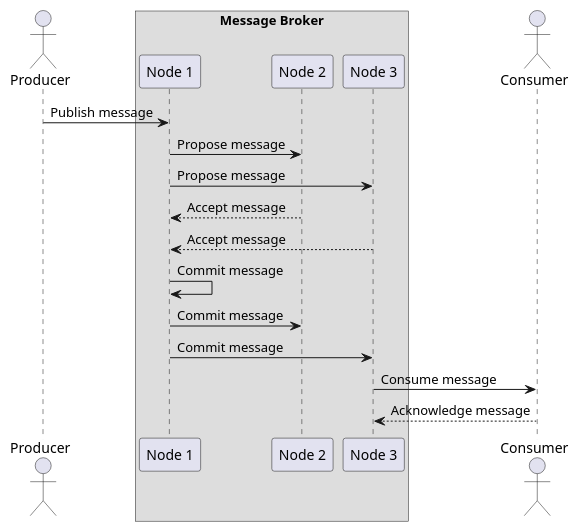
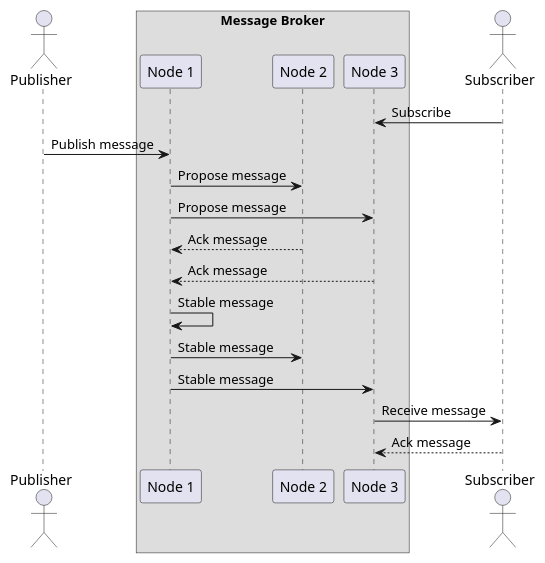
Before and after one commit to Marcel-MD/geo-distributed-message-broker: the diagram in diagrams/seq_nodes.puml, drawn with PlantUML. The commit also changed 11 other files, not shown here.

```diff
--- a/diagrams/seq_nodes.puml
+++ b/diagrams/seq_nodes.puml
@@ -1,22 +1,23 @@
 @startuml
 
-actor Producer as P
+actor Publisher as P
 box "Message Broker"
 participant "Node 1" as N1
 participant "Node 2" as N2
 participant "Node 3" as N3
 end box
-actor Consumer as C
+actor Subscriber as S
 
+N3 <- S : Subscribe
 P -> N1 : Publish message
 N1 -> N2 : Propose message
 N1 -> N3 : Propose message
-N1 <-- N2 : Accept message
-N1 <-- N3 : Accept message
-N1 -> N1 : Commit message
-N1 -> N2 : Commit message
-N1 -> N3 : Commit message
-N3 -> C : Consume message
-N3 <-- C : Acknowledge message
+N1 <-- N2 : Ack message
+N1 <-- N3 : Ack message
+N1 -> N1 : Stable message
+N1 -> N2 : Stable message
+N1 -> N3 : Stable message
+N3 -> S : Receive message
+N3 <-- S : Ack message
 
 @enduml
```
